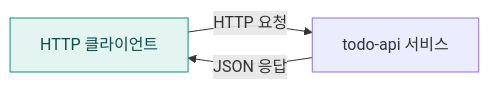
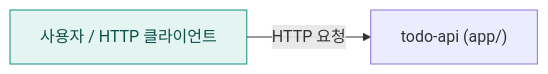
Before and after one commit to hxxnn/codemap: the first of 3 diagrams in examples/python-todo-api/docs/codemap/architecture.md, drawn with Mermaid. The commit also changed other lines of this file and 45 other files, not shown here.

````diff
--- a/examples/python-todo-api/docs/codemap/architecture.md
+++ b/examples/python-todo-api/docs/codemap/architecture.md
@@ -16,8 +16,7 @@
 ```mermaid
 flowchart LR
-  user["HTTP 클라이언트"]:::external
-  sys["todo-api 서비스"]
-  user -->|"HTTP 요청"| sys
-  sys -->|"JSON 응답"| user
+  n1["사용자 / HTTP 클라이언트"]:::external
+  n2["todo-api (app/)"]
+  n1 -->|"HTTP 요청"| n2
   classDef external fill:#E3F4F1,stroke:#0E8F83,color:#0B4F49
 ```
````
